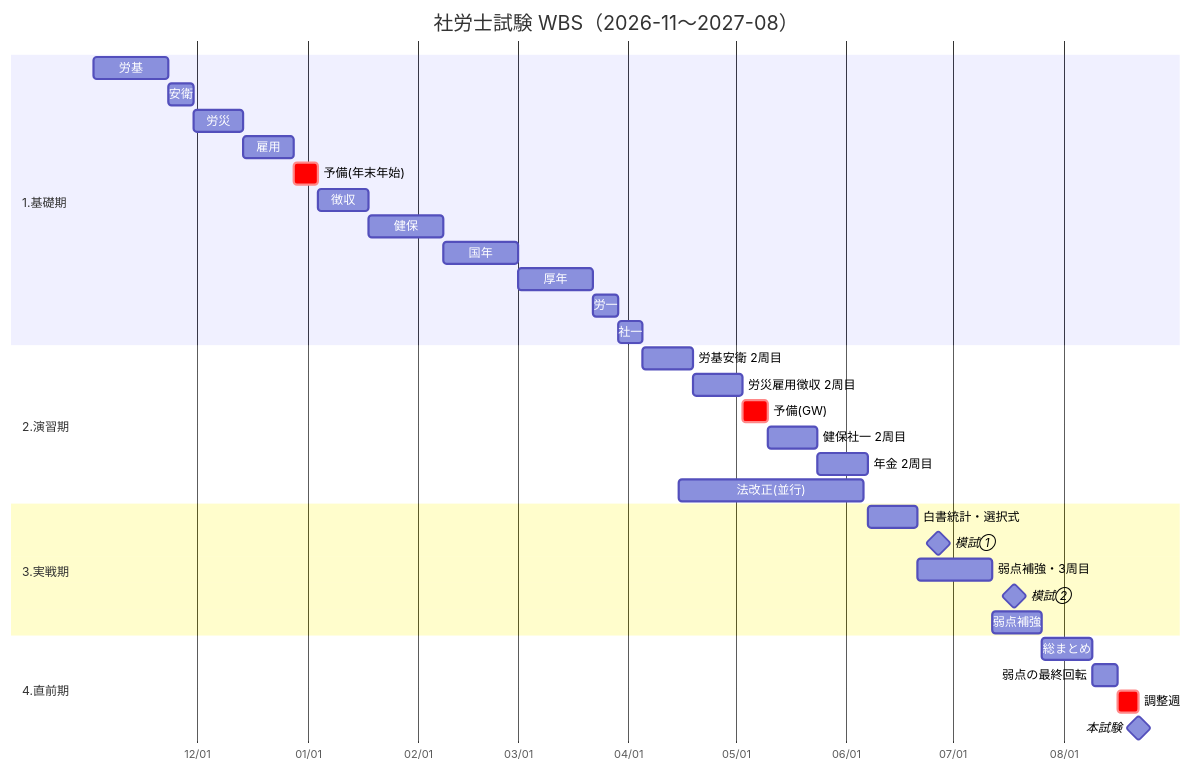
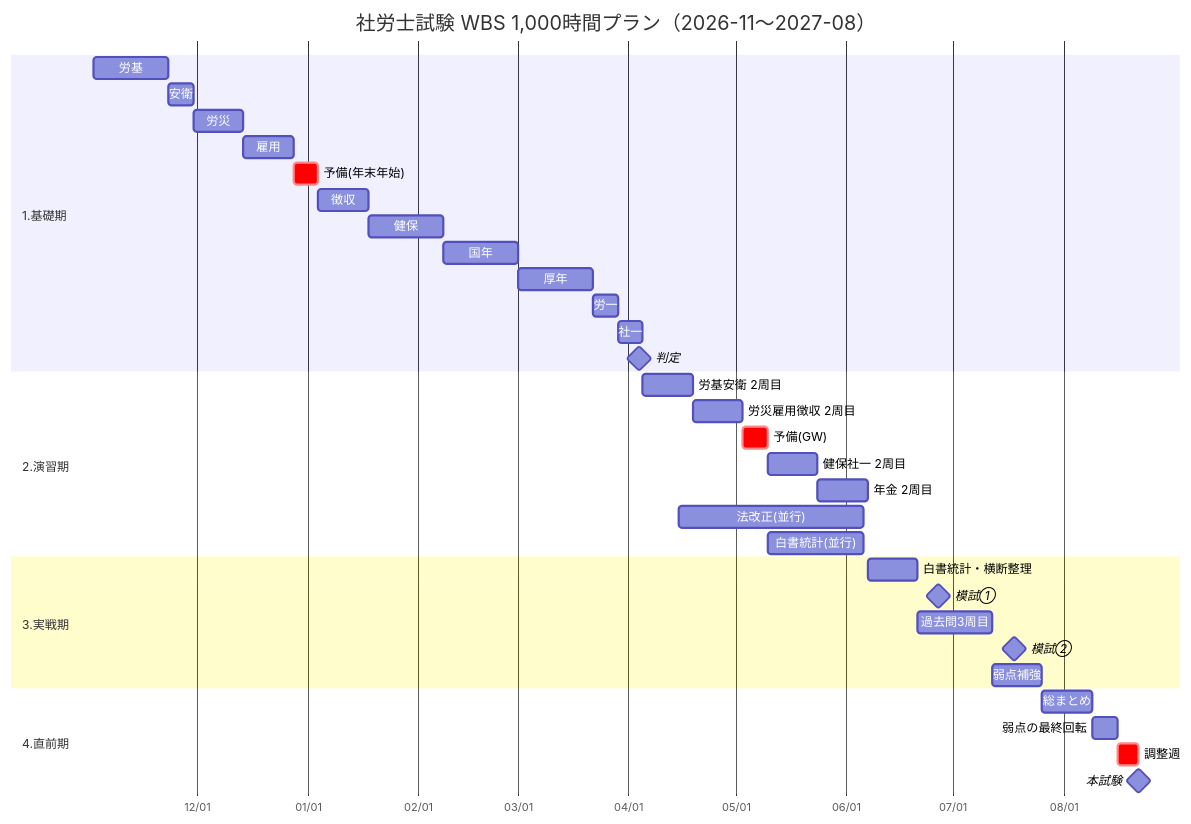
Before and after one commit to akagiryohei/testProject: the diagram in plan/wbs.md, drawn with Mermaid. The commit also changed other lines of this file and 2 other files, not shown here.

````diff
--- a/plan/wbs.md
+++ b/plan/wbs.md
@@ -81,36 +96,38 @@
 ```mermaid
 gantt
-    title 社労士試験 WBS（2026-11〜2027-08）
+    title 社労士試験 WBS 1,000時間プラン（2026-11〜2027-08）
     dateFormat YYYY-MM-DD
     axisFormat %m/%d
     section 1.基礎期
     労基           :a1, 2026-11-02, 21d
     安衛           :a2, after a1, 7d
     労災           :a3, after a2, 14d
     雇用           :a4, after a3, 14d
     予備(年末年始) :crit, a5, after a4, 7d
     徴収           :a6, after a5, 14d
     健保           :a7, after a6, 21d
     国年           :a8, after a7, 21d
     厚年           :a9, after a8, 21d
     労一           :a10, after a9, 7d
     社一           :a11, after a10, 7d
+    判定           :milestone, a12, 2027-04-04, 0d
     section 2.演習期
-    労基安衛 2周目   :b1, 2027-04-05, 14d
+    労基安衛 2周目     :b1, 2027-04-05, 14d
     労災雇用徴収 2周目 :b2, after b1, 14d
-    予備(GW)       :crit, b3, after b2, 7d
-    健保社一 2周目   :b4, after b3, 14d
-    年金 2周目      :b5, after b4, 14d
-    法改正(並行)    :b6, 2027-04-15, 2027-06-06
+    予備(GW)          :crit, b3, after b2, 7d
+    健保社一 2周目     :b4, after b3, 14d
+    年金 2周目        :b5, after b4, 14d
+    法改正(並行)       :b6, 2027-04-15, 2027-06-06
+    白書統計(並行)     :b7, 2027-05-10, 2027-06-06
     section 3.実戦期
-    白書統計・選択式 :c1, 2027-06-07, 14d
-    模試①         :milestone, c2, 2027-06-27, 0d
-    弱点補強・3周目  :c3, 2027-06-21, 21d
-    模試②         :milestone, c4, 2027-07-18, 0d
-    弱点補強        :c5, 2027-07-12, 14d
+    白書統計・横断整理 :c1, 2027-06-07, 14d
+    模試①           :milestone, c2, 2027-06-27, 0d
+    過去問3周目      :c3, 2027-06-21, 21d
+    模試②           :milestone, c4, 2027-07-18, 0d
+    弱点補強         :c5, 2027-07-12, 14d
     section 4.直前期
-    総まとめ        :d1, 2027-07-26, 14d
-    弱点の最終回転   :d2, after d1, 7d
-    調整週          :crit, d3, after d2, 6d
-    本試験          :milestone, d4, 2027-08-22, 0d
+    総まとめ         :d1, 2027-07-26, 14d
+    弱点の最終回転    :d2, after d1, 7d
+    調整週           :crit, d3, after d2, 6d
+    本試験           :milestone, d4, 2027-08-22, 0d
 ```
````
